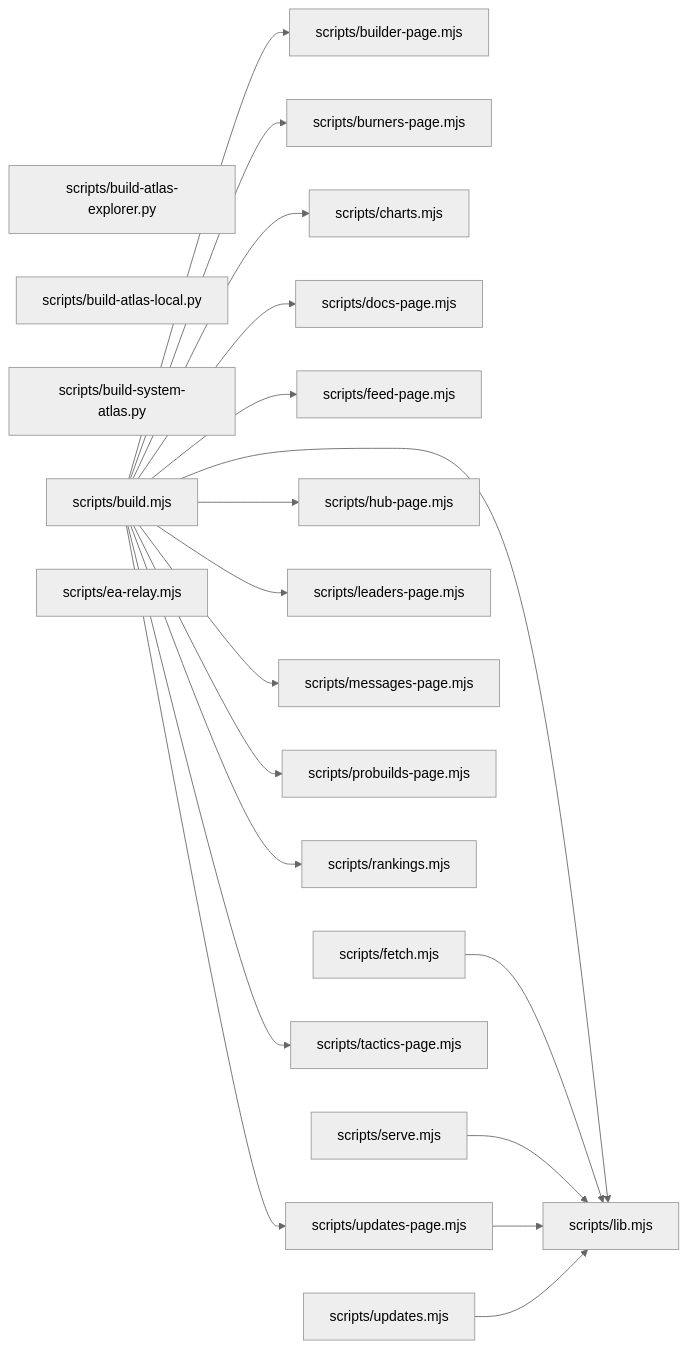
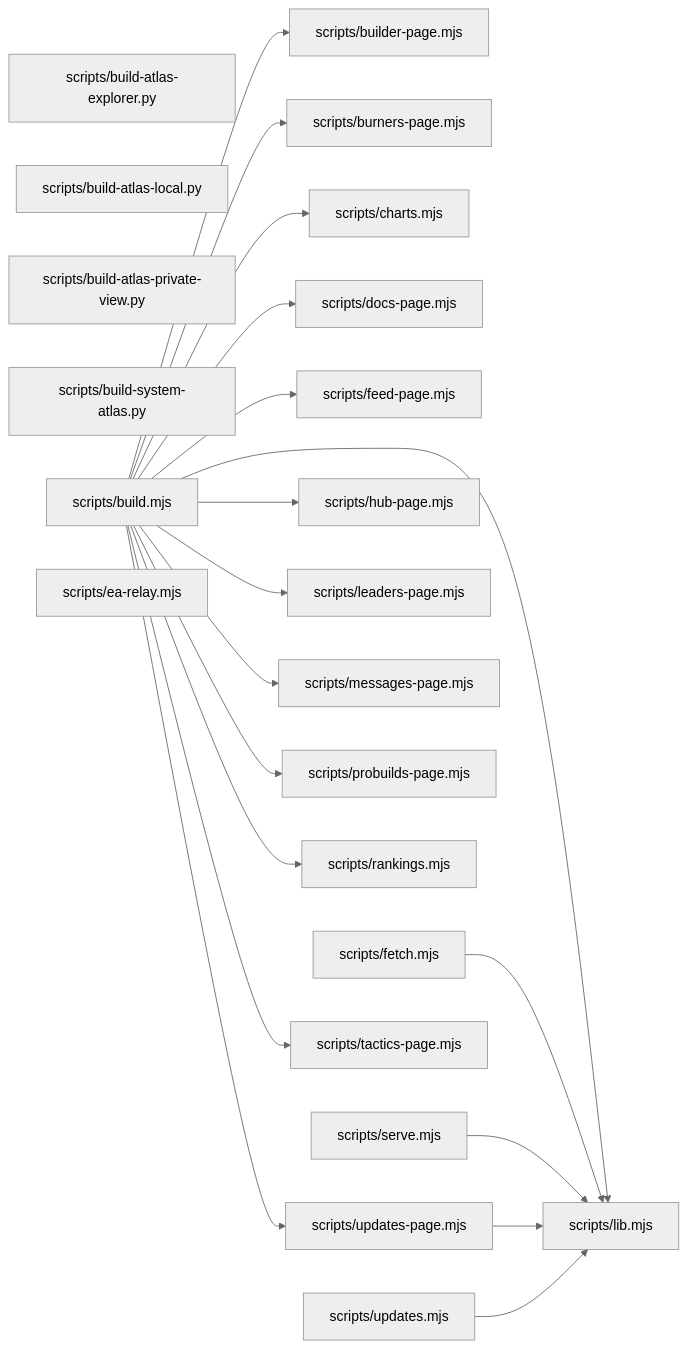
Before and after one commit to devroadtosucces15-boop/Norex-United-FC: the diagram in PLANNING/system-atlas/layer-scripts.md, drawn with Mermaid (neutral theme). The commit also changed 4 other files, not shown here.

Commit message:
docs: refresh living system atlas [skip ci]

````diff
--- a/PLANNING/system-atlas/layer-scripts.md
+++ b/PLANNING/system-atlas/layer-scripts.md
@@ -5,41 +5,42 @@
 ```mermaid
 flowchart LR
   n0["scripts/build-atlas-explorer.py"]
   n1["scripts/build-atlas-local.py"]
-  n2["scripts/build-system-atlas.py"]
-  n3["scripts/build.mjs"]
-  n4["scripts/builder-page.mjs"]
-  n5["scripts/burners-page.mjs"]
-  n6["scripts/charts.mjs"]
-  n7["scripts/docs-page.mjs"]
-  n8["scripts/ea-relay.mjs"]
-  n9["scripts/feed-page.mjs"]
-  n10["scripts/fetch.mjs"]
-  n11["scripts/hub-page.mjs"]
-  n12["scripts/leaders-page.mjs"]
-  n13["scripts/lib.mjs"]
-  n14["scripts/messages-page.mjs"]
-  n15["scripts/probuilds-page.mjs"]
-  n16["scripts/rankings.mjs"]
-  n17["scripts/serve.mjs"]
-  n18["scripts/tactics-page.mjs"]
-  n19["scripts/updates-page.mjs"]
-  n20["scripts/updates.mjs"]
-  n3 --> n4
-  n3 --> n5
-  n3 --> n6
-  n3 --> n7
-  n3 --> n9
-  n3 --> n11
-  n3 --> n12
-  n3 --> n13
-  n3 --> n14
-  n3 --> n15
-  n3 --> n16
-  n3 --> n18
-  n3 --> n19
-  n10 --> n13
-  n17 --> n13
-  n19 --> n13
-  n20 --> n13
+  n2["scripts/build-atlas-private-view.py"]
+  n3["scripts/build-system-atlas.py"]
+  n4["scripts/build.mjs"]
+  n5["scripts/builder-page.mjs"]
+  n6["scripts/burners-page.mjs"]
+  n7["scripts/charts.mjs"]
+  n8["scripts/docs-page.mjs"]
+  n9["scripts/ea-relay.mjs"]
+  n10["scripts/feed-page.mjs"]
+  n11["scripts/fetch.mjs"]
+  n12["scripts/hub-page.mjs"]
+  n13["scripts/leaders-page.mjs"]
+  n14["scripts/lib.mjs"]
+  n15["scripts/messages-page.mjs"]
+  n16["scripts/probuilds-page.mjs"]
+  n17["scripts/rankings.mjs"]
+  n18["scripts/serve.mjs"]
+  n19["scripts/tactics-page.mjs"]
+  n20["scripts/updates-page.mjs"]
+  n21["scripts/updates.mjs"]
+  n4 --> n5
+  n4 --> n6
+  n4 --> n7
+  n4 --> n8
+  n4 --> n10
+  n4 --> n12
+  n4 --> n13
+  n4 --> n14
+  n4 --> n15
+  n4 --> n16
+  n4 --> n17
+  n4 --> n19
+  n4 --> n20
+  n11 --> n14
+  n18 --> n14
+  n20 --> n14
+  n21 --> n14
 ```
````
